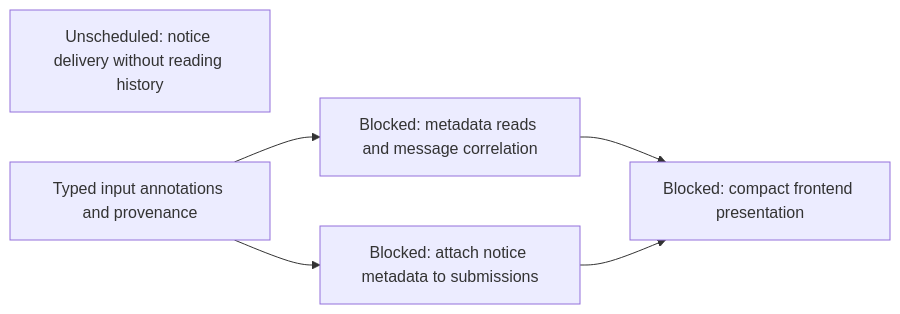
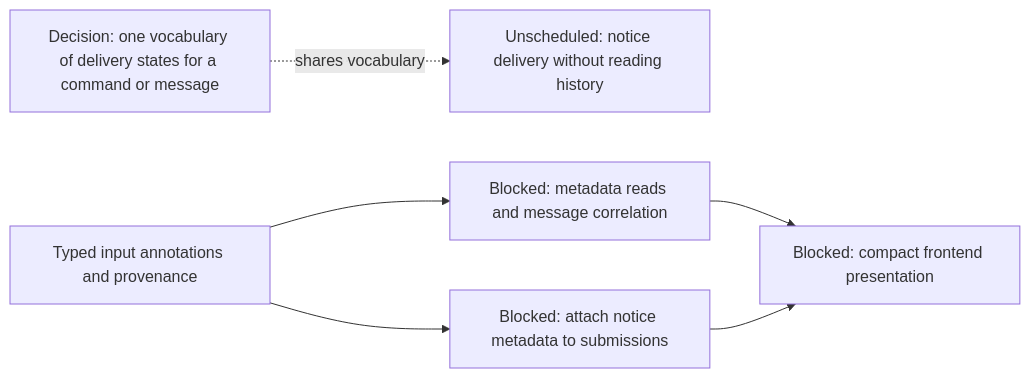
Before and after one commit to agentydragon-agent/ducktape: the second of 15 diagrams in agentplane/plans/task_dag.md, drawn with Mermaid. The commit also changed other lines of this file, not shown here.

````diff
--- a/agentplane/plans/task_dag.md
+++ b/agentplane/plans/task_dag.md
@@ -34,12 +34,14 @@
 ```mermaid
 flowchart LR
     NOTIFICATION_COMMAND_OUTCOME_DESIGN[Unscheduled: notice delivery without reading history]
+    COMMAND_DELIVERY_STATES[Decision: one vocabulary of delivery states for a command or message]
+    COMMAND_DELIVERY_STATES -. shares vocabulary .-> NOTIFICATION_COMMAND_OUTCOME_DESIGN
     SESSION_INPUT_METADATA[Typed input annotations and provenance]
     SESSION_INPUT_METADATA_READ[Blocked: metadata reads and message correlation]
     NOTIFICATION_NOTICE_METADATA[Blocked: attach notice metadata to submissions]
     NOTIFICATION_PRESENTATION[Blocked: compact frontend presentation]
     SESSION_INPUT_METADATA --> SESSION_INPUT_METADATA_READ
     SESSION_INPUT_METADATA --> NOTIFICATION_NOTICE_METADATA
     SESSION_INPUT_METADATA_READ --> NOTIFICATION_PRESENTATION
     NOTIFICATION_NOTICE_METADATA --> NOTIFICATION_PRESENTATION
 ```
````
